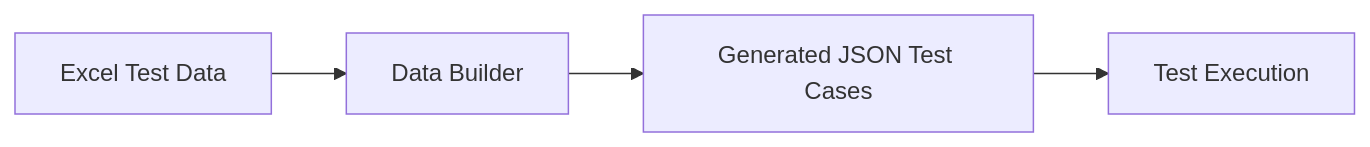
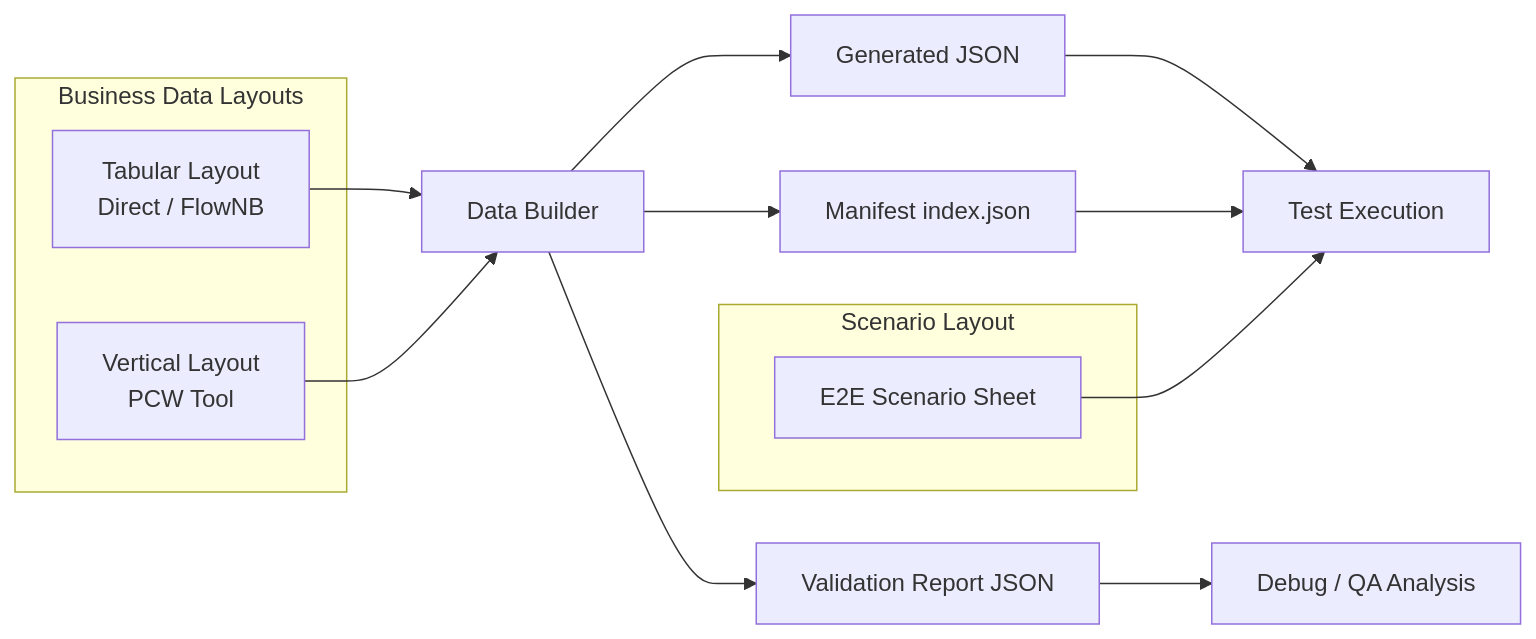
The first of 3 diagrams in src/data/README.md (vijaytomar81/AZOnline), drawn with Mermaid before and after one commit. The commit also changed other lines of this file and 1 other file, not shown here.

```diff
--- a/src/data/README.md
+++ b/src/data/README.md
@@ -37,6 +40,26 @@
 ~~~mermaid
 flowchart LR
-    A[Excel Test Data] --> B[Data Builder]
-    B --> C[Generated JSON Test Cases]
-    C --> D[Test Execution]
+
+    subgraph Business Data Layouts
+        A1[Tabular Layout<br/>Direct / FlowNB]
+        A2[Vertical Layout<br/>PCW Tool]
+    end
+
+    subgraph Scenario Layout
+        A3[E2E Scenario Sheet]
+    end
+
+    A1 --> B[Data Builder]
+    A2 --> B
+
+    B --> C[Generated JSON]
+    B --> V[Validation Report JSON]
+    B --> D[Manifest index.json]
+
+    C --> E[Test Execution]
+    D --> E
+
+    V --> F[Debug / QA Analysis]
+
+    A3 --> E
 ~~~
```
